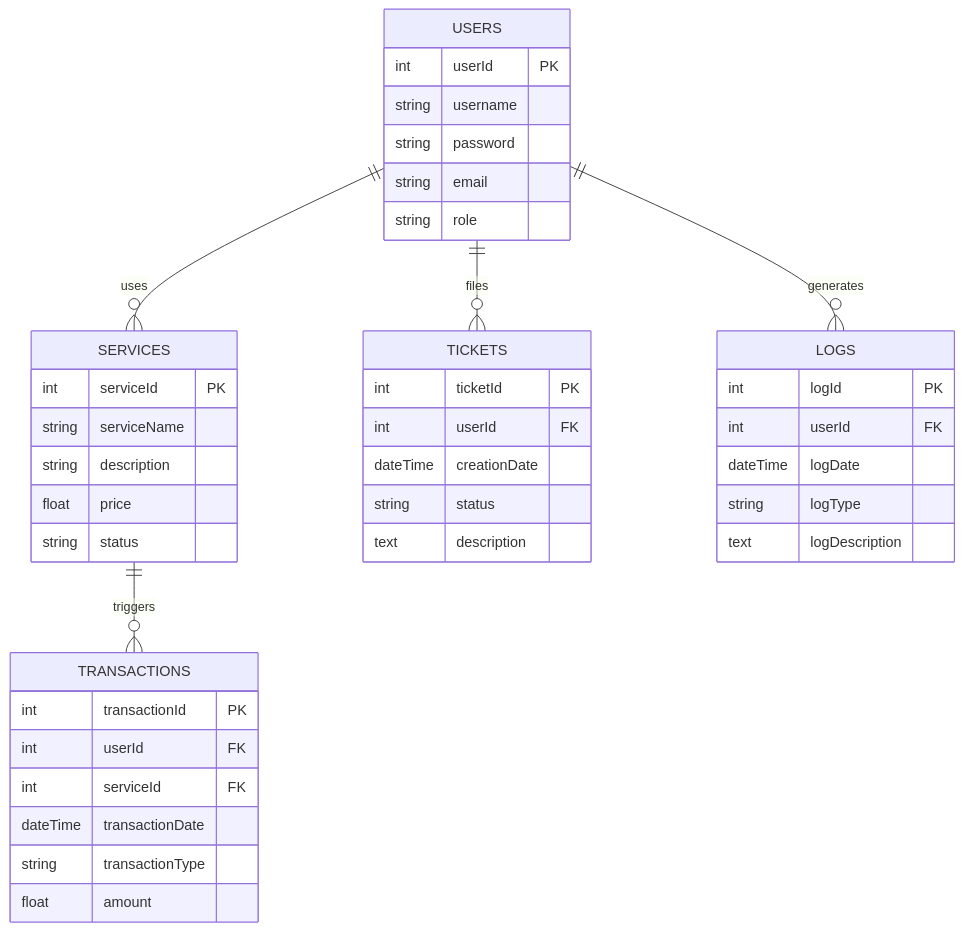
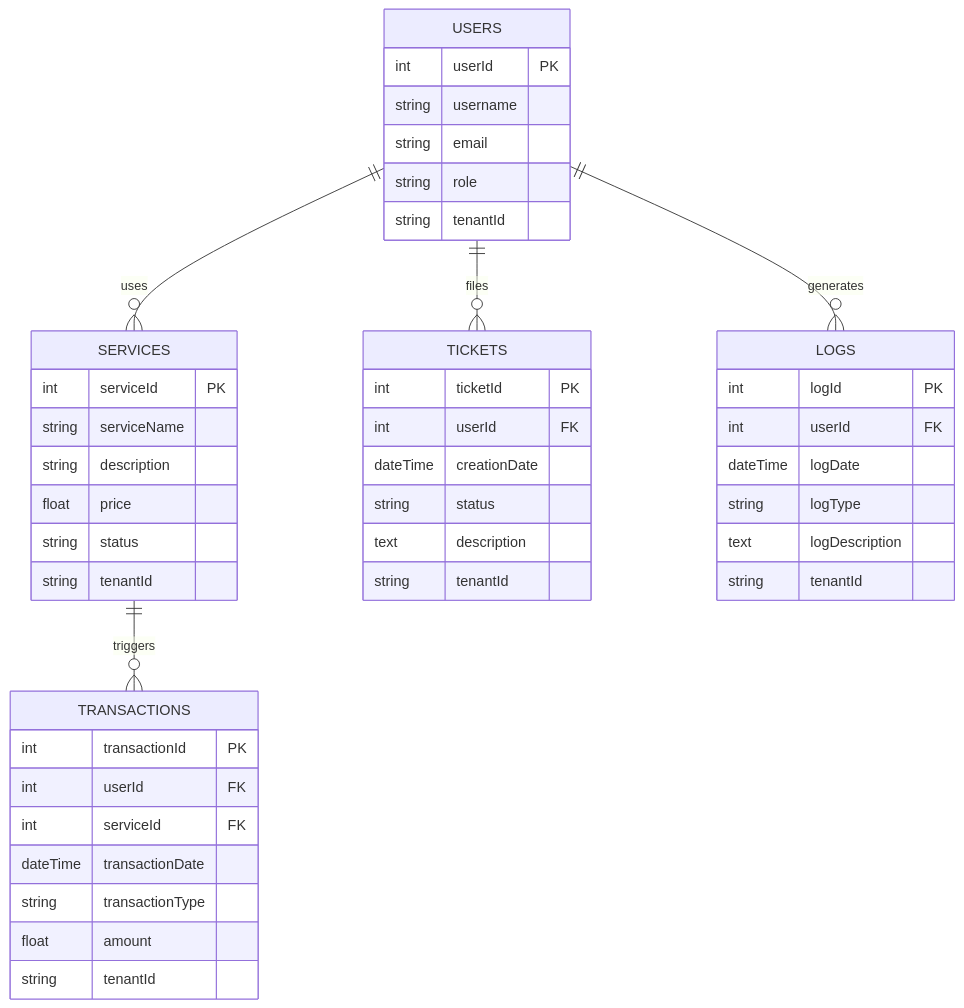
One commit to michael-borck/tessera changed the diagram in docs/support/erd.qmd. Above: the diagram before and after it, drawn with Mermaid. The commit also changed other lines of this file and 156 other files, not shown here.

````diff
--- a/docs/support/erd.qmd
+++ b/docs/support/erd.qmd
@@ -20,43 +26,47 @@
 ```{mermaid}
 erDiagram
     USERS ||--o{ SERVICES : uses
     USERS {
         int userId PK
         string username
-        string password
         string email
         string role
+        string tenantId
     }
     SERVICES ||--o{ TRANSACTIONS : "triggers"
     SERVICES {
         int serviceId PK
         string serviceName
         string description
         float price
         string status
+        string tenantId
     }
     TRANSACTIONS {
         int transactionId PK
         int userId FK
         int serviceId FK
         dateTime transactionDate
         string transactionType
         float amount
+        string tenantId
     }
     USERS ||--o{ TICKETS : files
     TICKETS {
         int ticketId PK
         int userId FK
         dateTime creationDate
         string status
         text description
+        string tenantId
     }
     USERS ||--o{ LOGS : generates
     LOGS {
         int logId PK
         int userId FK
         dateTime logDate
         string logType
         text logDescription
+        string tenantId
     }
 ```
````
